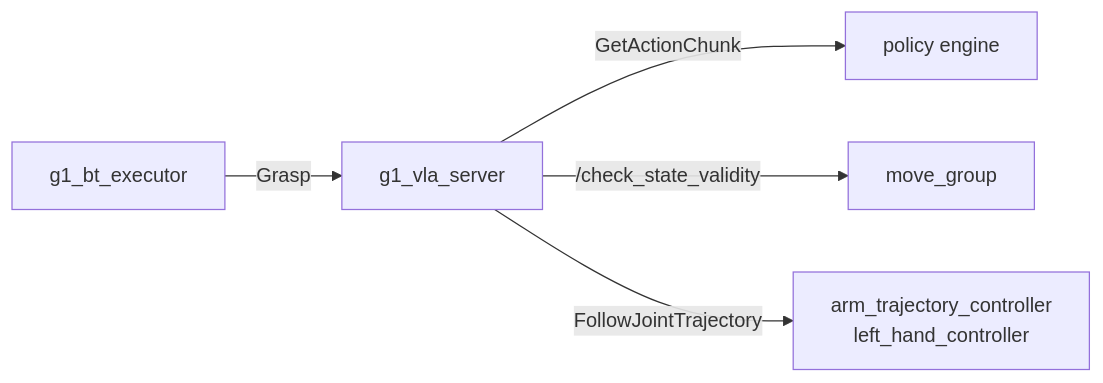
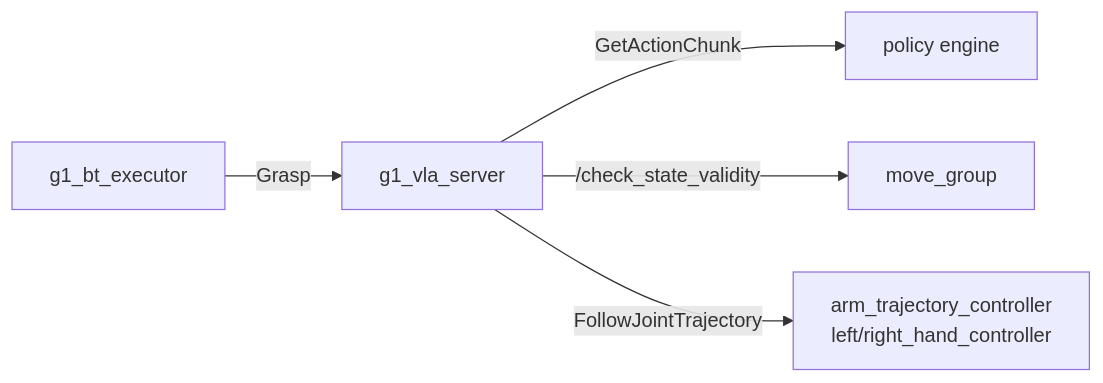
The diagram in workspace/src/g1_vla/README.md (Mertsr/merts-g1-dex5), drawn with Mermaid before and after one commit. The commit also changed other lines of this file and 30 other files, not shown here.

````diff
--- a/workspace/src/g1_vla/README.md
+++ b/workspace/src/g1_vla/README.md
@@ -10,7 +10,7 @@
 ```mermaid
 flowchart LR
     BT["g1_bt_executor"] -- "Grasp" --> S["g1_vla_server"]
     S -- "GetActionChunk" --> E["policy engine"]
     S -- "/check_state_validity" --> MG["move_group"]
-    S -- "FollowJointTrajectory" --> C["arm_trajectory_controller<br/>left_hand_controller"]
+    S -- "FollowJointTrajectory" --> C["arm_trajectory_controller<br/>left/right_hand_controller"]
 ```
````
